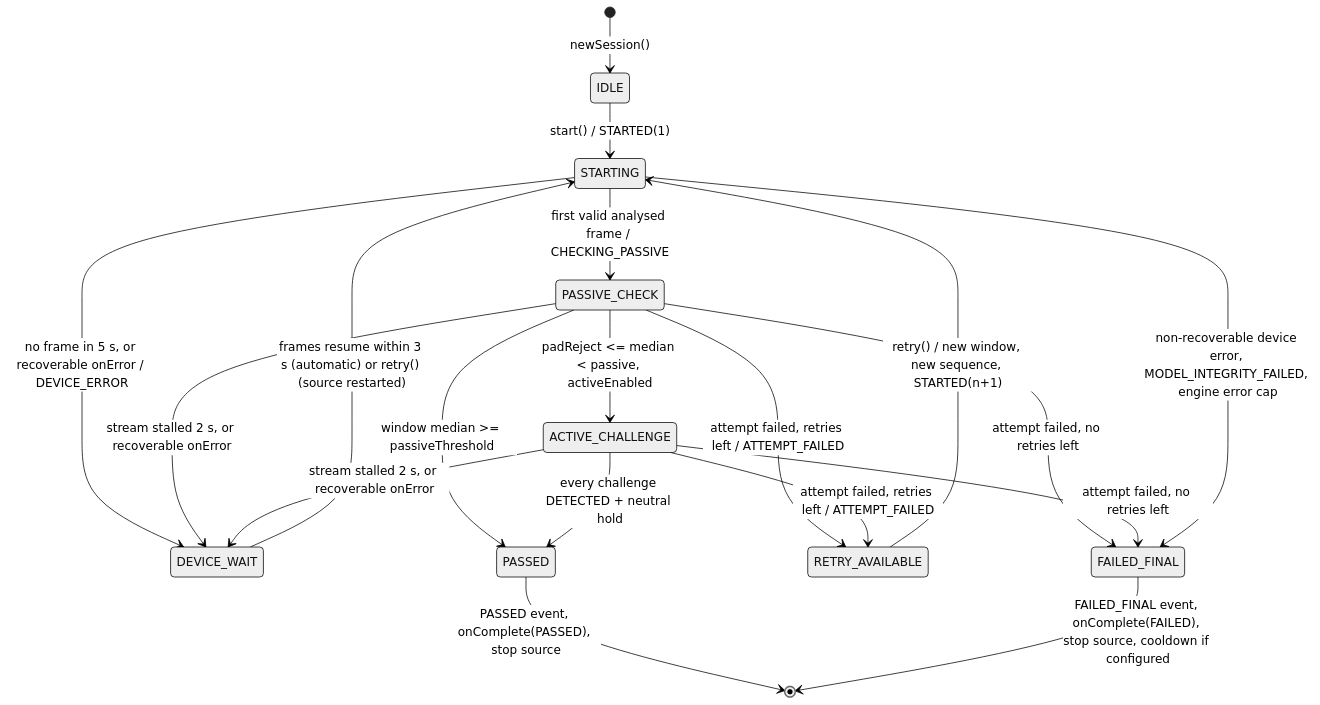
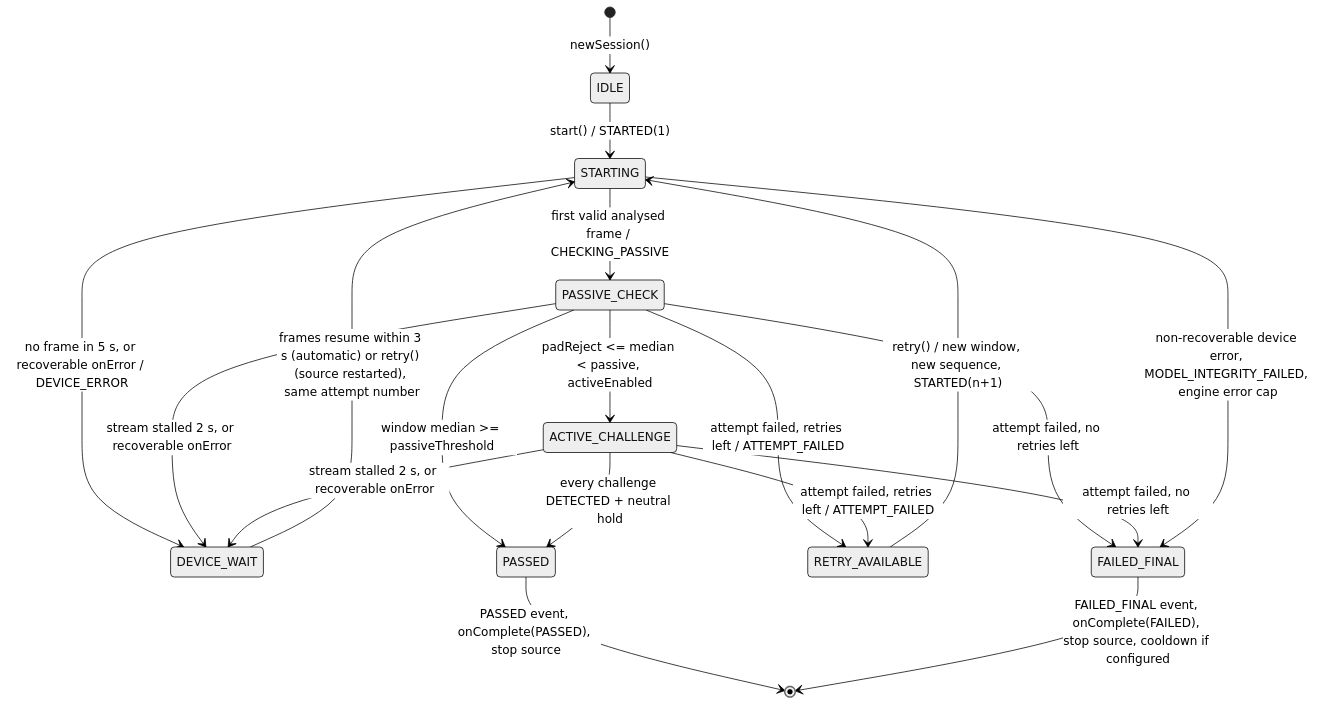
One commit to ChadDadChag/Mosip26 changed the third of 7 diagrams in docs/person3-design.md. Above: the diagram before and after it, drawn with Mermaid (neutral theme). The commit also changed other lines of this file and 18 other files, not shown here.

````diff
--- a/docs/person3-design.md
+++ b/docs/person3-design.md
@@ -120,21 +174,21 @@
 ```mermaid
 stateDiagram-v2
   [*] --> IDLE : newSession()
   IDLE --> STARTING : start() / STARTED(1)
   STARTING --> PASSIVE_CHECK : first valid analysed frame / CHECKING_PASSIVE
   STARTING --> DEVICE_WAIT : no frame in 5 s, or recoverable onError / DEVICE_ERROR
   PASSIVE_CHECK --> PASSED : window median >= passiveThreshold
   PASSIVE_CHECK --> ACTIVE_CHALLENGE : padReject <= median < passive, activeEnabled
   PASSIVE_CHECK --> RETRY_AVAILABLE : attempt failed, retries left / ATTEMPT_FAILED
   ACTIVE_CHALLENGE --> PASSED : every challenge DETECTED + neutral hold
   ACTIVE_CHALLENGE --> RETRY_AVAILABLE : attempt failed, retries left / ATTEMPT_FAILED
   PASSIVE_CHECK --> DEVICE_WAIT : stream stalled 2 s, or recoverable onError
   ACTIVE_CHALLENGE --> DEVICE_WAIT : stream stalled 2 s, or recoverable onError
   RETRY_AVAILABLE --> STARTING : retry() / new window, new sequence, STARTED(n+1)
-  DEVICE_WAIT --> STARTING : frames resume within 3 s (automatic) or retry() (source restarted)
+  DEVICE_WAIT --> STARTING : frames resume within 3 s (automatic) or retry() (source restarted), same attempt number
   PASSIVE_CHECK --> FAILED_FINAL : attempt failed, no retries left
   ACTIVE_CHALLENGE --> FAILED_FINAL : attempt failed, no retries left
   STARTING --> FAILED_FINAL : non-recoverable device error, MODEL_INTEGRITY_FAILED, engine error cap
   PASSED --> [*] : PASSED event, onComplete(PASSED), stop source
   FAILED_FINAL --> [*] : FAILED_FINAL event, onComplete(FAILED), stop source, cooldown if configured
 ```
````
